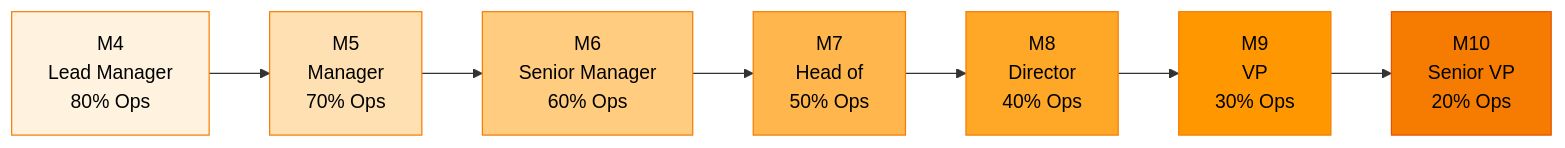
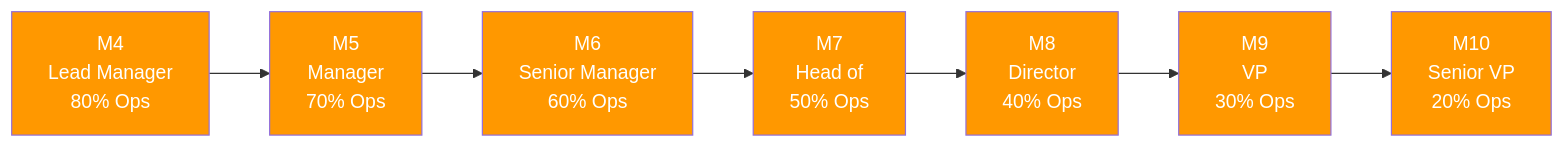
The diagram in docs/en/people/careers/levels-management.md (ultralytics/handbook), drawn with Mermaid before and after one commit. The commit also changed 16 other files, not shown here.

Commit message:
Standardize Mermaid diagram colors (#302)

````diff
--- a/docs/en/people/careers/levels-management.md
+++ b/docs/en/people/careers/levels-management.md
@@ -16,23 +16,11 @@
 ```mermaid
 flowchart LR
-    M4["M4<br/>Lead Manager<br/>80% Ops"] --> M5["M5<br/>Manager<br/>70% Ops"]
-    M5 --> M6["M6<br/>Senior Manager<br/>60% Ops"]
-    M6 --> M7["M7<br/>Head of<br/>50% Ops"]
-    M7 --> M8["M8<br/>Director<br/>40% Ops"]
-    M8 --> M9["M9<br/>VP<br/>30% Ops"]
-    M9 --> M10["M10<br/>Senior VP<br/>20% Ops"]
-    classDef m04 fill:#fff3e0,stroke:#f57c00,color:#000;
-    classDef m05 fill:#ffe0b2,stroke:#f57c00,color:#000;
-    classDef m06 fill:#ffcc80,stroke:#f57c00,color:#000;
-    classDef m07 fill:#ffb74d,stroke:#f57c00,color:#000;
-    classDef m08 fill:#ffa726,stroke:#f57c00,color:#000;
-    classDef m09 fill:#ff9800,stroke:#f57c00,color:#000;
-    classDef m10 fill:#f57c00,stroke:#e65100,color:#000;
-    class M4 m04;
-    class M5 m05;
-    class M6 m06;
-    class M7 m07;
-    class M8 m08;
-    class M9 m09;
-    class M10 m10;
+    M4["M4<br/>Lead Manager<br/>80% Ops"]:::decide --> M5["M5<br/>Manager<br/>70% Ops"]:::decide
+    M5 --> M6["M6<br/>Senior Manager<br/>60% Ops"]:::decide
+    M6 --> M7["M7<br/>Head of<br/>50% Ops"]:::decide
+    M7 --> M8["M8<br/>Director<br/>40% Ops"]:::decide
+    M8 --> M9["M9<br/>VP<br/>30% Ops"]:::decide
+    M9 --> M10["M10<br/>Senior VP<br/>20% Ops"]:::decide
+
+    classDef decide fill:#FF9800,color:#fff
 ```
````
